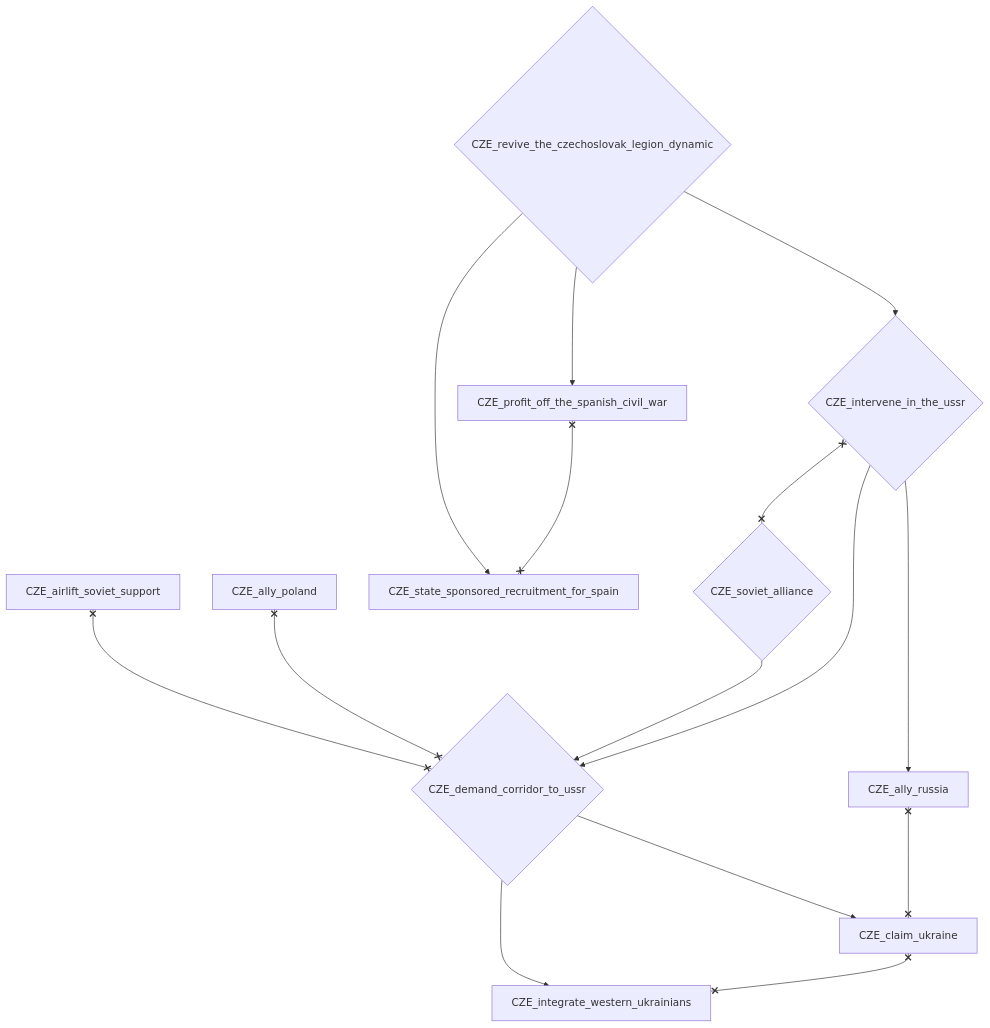
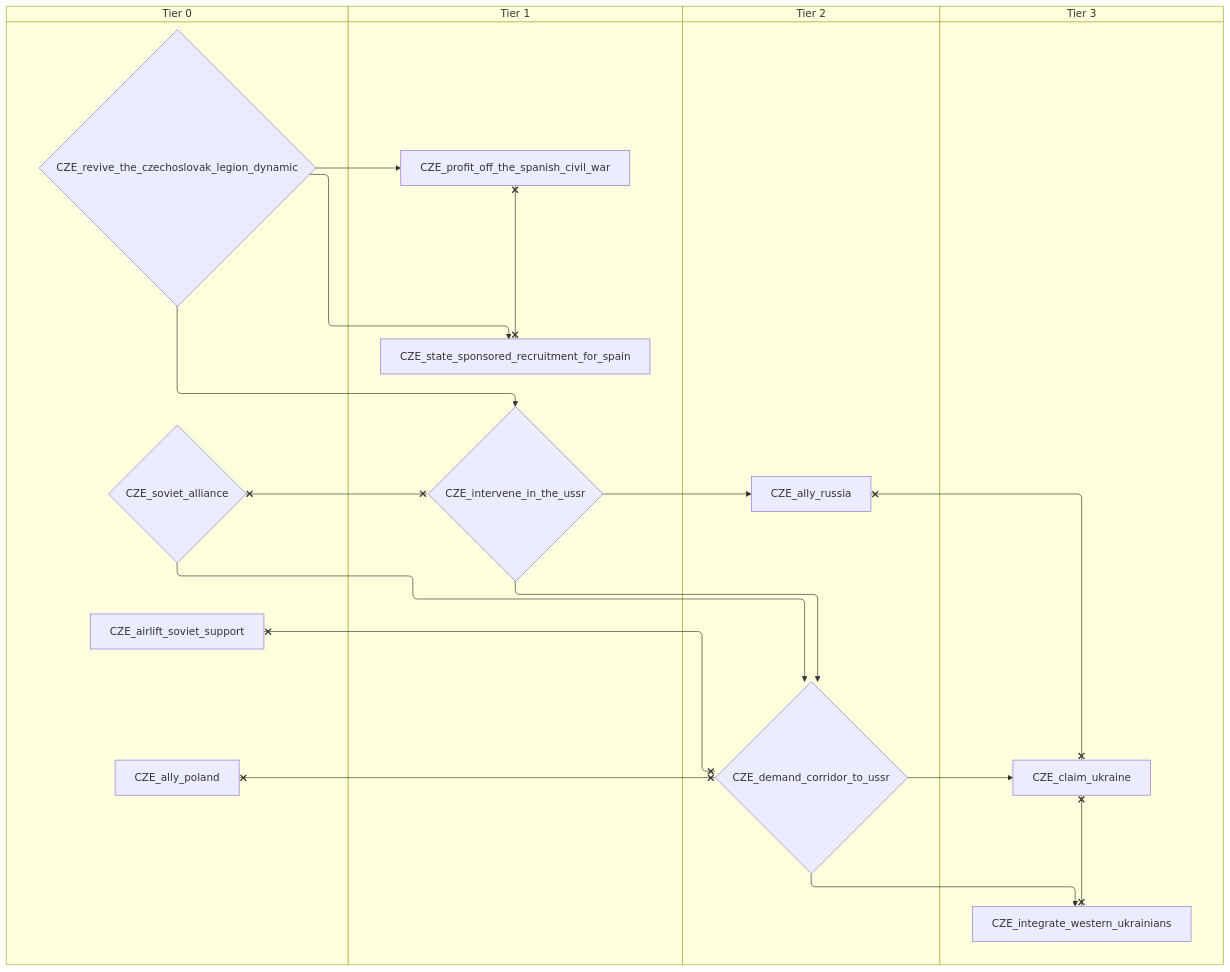
Before and after one commit to evgeny-sobol/hoi4-sandbox-mode: the fourth of 5 diagrams in docs/gdd/National Focuses/czechoslovakia_mu.md, drawn with Mermaid. The commit also changed other lines of this file and 80 other files, not shown here.

First line of the commit message:
Add swimlane mode to focus graph exporter

````diff
--- a/docs/gdd/National Focuses/czechoslovakia_mu.md
+++ b/docs/gdd/National Focuses/czechoslovakia_mu.md
@@ -794,28 +856,36 @@
 ```mermaid
-flowchart TD
-    n76["CZE_airlift_soviet_support"]
-    n79["CZE_ally_poland"]
-    n81["CZE_ally_russia"]
-    n90["CZE_claim_ukraine"]
-    n103{"CZE_demand_corridor_to_ussr"}
-    n122["CZE_integrate_western_ukrainians"]
-    n123{"CZE_intervene_in_the_ussr"}
-    n272["CZE_profit_off_the_spanish_civil_war"]
-    n273{"CZE_revive_the_czechoslovak_legion_dynamic"}
-    n150{"CZE_soviet_alliance"}
-    n274["CZE_state_sponsored_recruitment_for_spain"]
-    n123 --> n81
-    n103 --> n90
-    n150 --> n103
-    n123 --> n103
-    n103 --> n122
-    n273 --> n123
-    n273 --> n272
-    n273 --> n274
-    n76 x--x n103
-    n79 x--x n103
-    n81 x--x n90
-    n90 x--x n122
-    n123 x--x n150
-    n272 x--x n274
+swimlane-beta TD
+    subgraph tier_0["Tier 0"]
+        n93["CZE_airlift_soviet_support"]
+        n95["CZE_ally_poland"]
+        n272{"CZE_revive_the_czechoslovak_legion_dynamic"}
+        n90{"CZE_soviet_alliance"}
+    end
+    subgraph tier_1["Tier 1"]
+        n76{"CZE_intervene_in_the_ussr"}
+        n273["CZE_profit_off_the_spanish_civil_war"]
+        n274["CZE_state_sponsored_recruitment_for_spain"]
+    end
+    subgraph tier_2["Tier 2"]
+        n75["CZE_ally_russia"]
+        n105{"CZE_demand_corridor_to_ussr"}
+    end
+    subgraph tier_3["Tier 3"]
+        n111["CZE_claim_ukraine"]
+        n115["CZE_integrate_western_ukrainians"]
+    end
+    n76 --> n75
+    n105 --> n111
+    n90 --> n105
+    n76 --> n105
+    n105 --> n115
+    n272 --> n76
+    n272 --> n273
+    n272 --> n274
+    n93 x--x n105
+    n95 x--x n105
+    n75 x--x n111
+    n111 x--x n115
+    n76 x--x n90
+    n273 x--x n274
 ```
````
